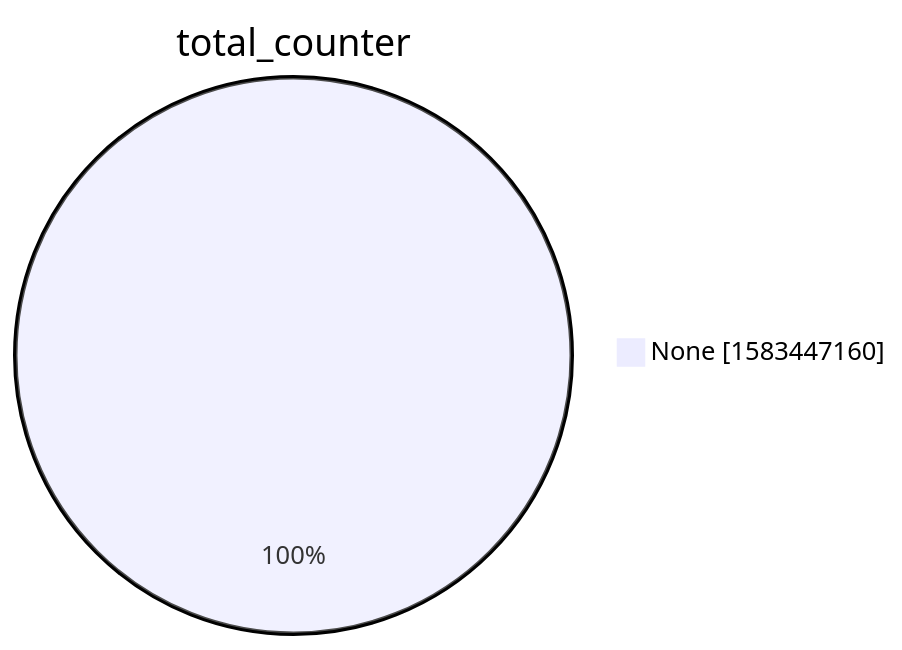
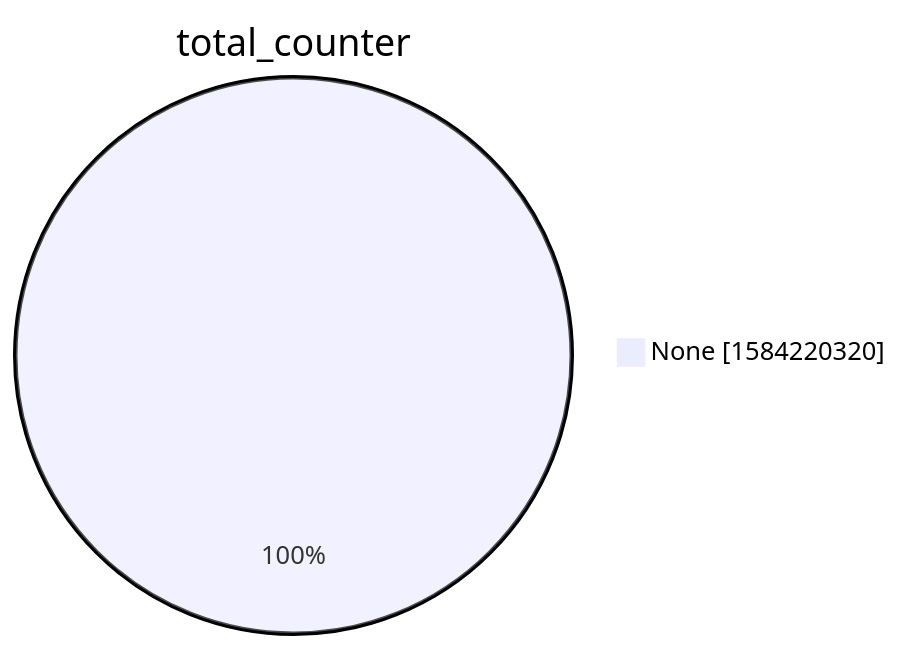
One commit to christiankrug/ctmonitor_visualization changed the second of 15 diagrams in xenon2022/README.md. Above: the diagram before and after it, drawn with Mermaid. The commit also changed other lines of this file, not shown here.

````diff
--- a/xenon2022/README.md
+++ b/xenon2022/README.md
@@ -9,5 +9,5 @@
 ```mermaid
 pie showData
 title total_counter
-"None" :1583447160
+"None" :1584220320
 ```
````
